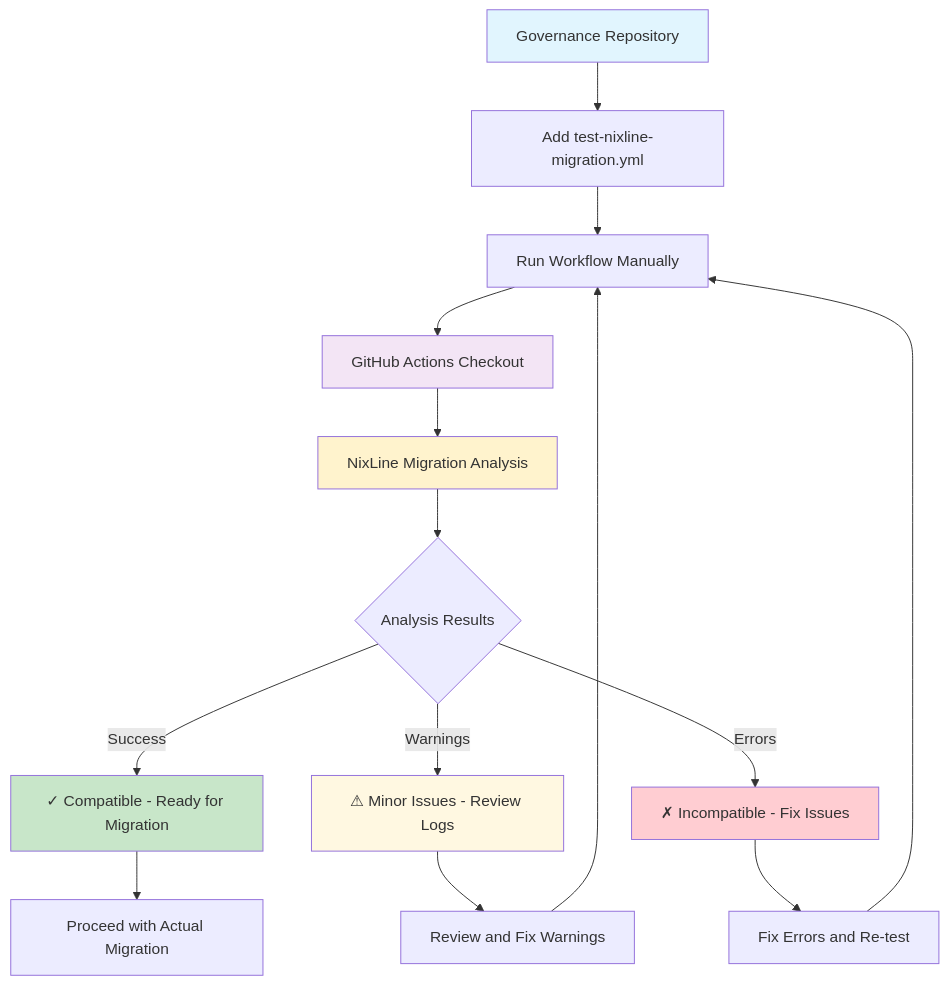
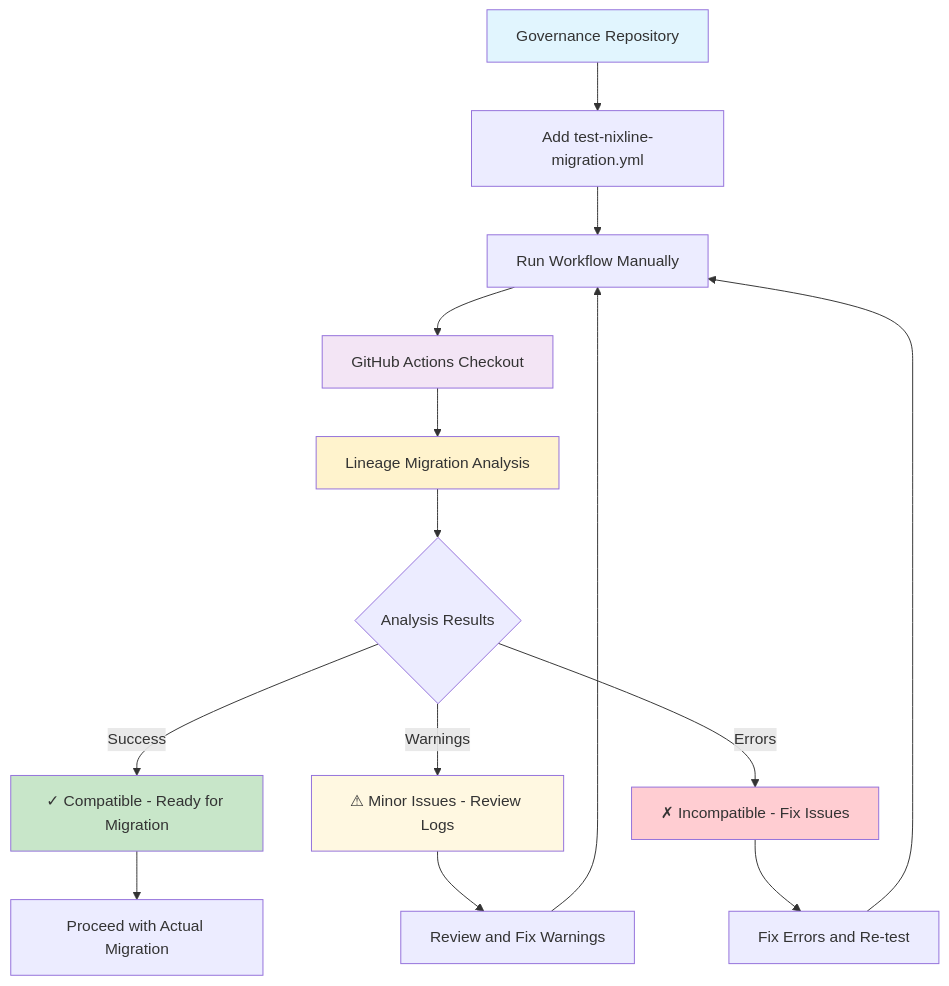
The eighth of 11 diagrams in README.md (NixLine-org/nixline-baseline), drawn with Mermaid before and after one commit. The commit also changed other lines of this file and 1 other file, not shown here.

Commit message:
Fix TOC links and update workflow org reference to Lineage-org

````diff
--- a/README.md
+++ b/README.md
@@ -1510,26 +1511,26 @@
 ```mermaid
 flowchart TD
     A[Governance Repository] --> B[Add test-nixline-migration.yml]
     B --> C[Run Workflow Manually]
     C --> D[GitHub Actions Checkout]
-    D --> E[NixLine Migration Analysis]
+    D --> E[Lineage Migration Analysis]
 
     E --> F{Analysis Results}
     F -->|Success| G[✓ Compatible - Ready for Migration]
     F -->|Warnings| H[⚠ Minor Issues - Review Logs]
     F -->|Errors| I[✗ Incompatible - Fix Issues]
 
     G --> J[Proceed with Actual Migration]
     H --> K[Review and Fix Warnings]
     I --> L[Fix Errors and Re-test]
 
     K --> C
     L --> C
 
     style A fill:#e1f5fe
     style D fill:#f3e5f5
     style E fill:#fff3cd
     style G fill:#c8e6c9
     style H fill:#fff8e1
     style I fill:#ffcdd2
 ```
````
